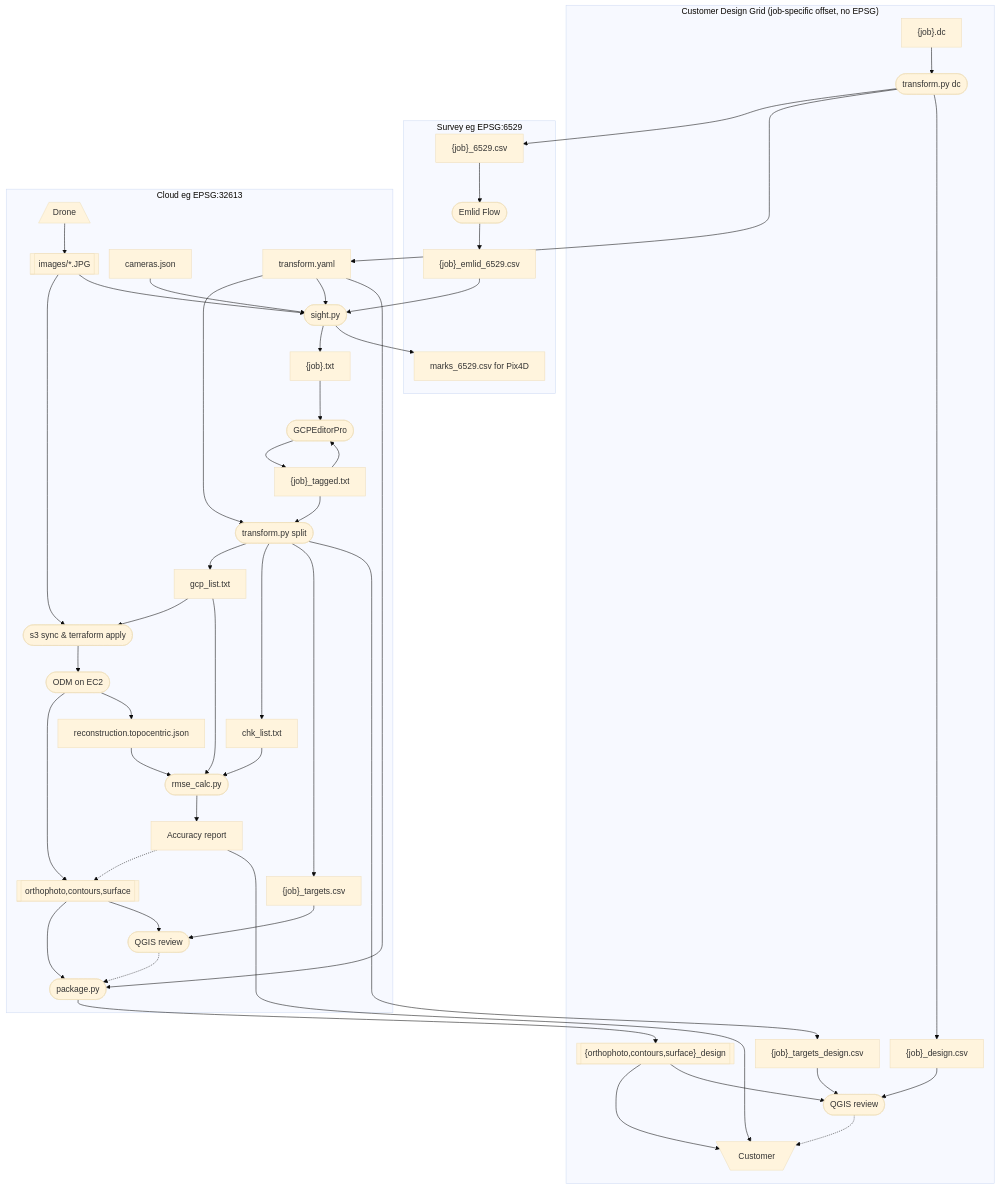
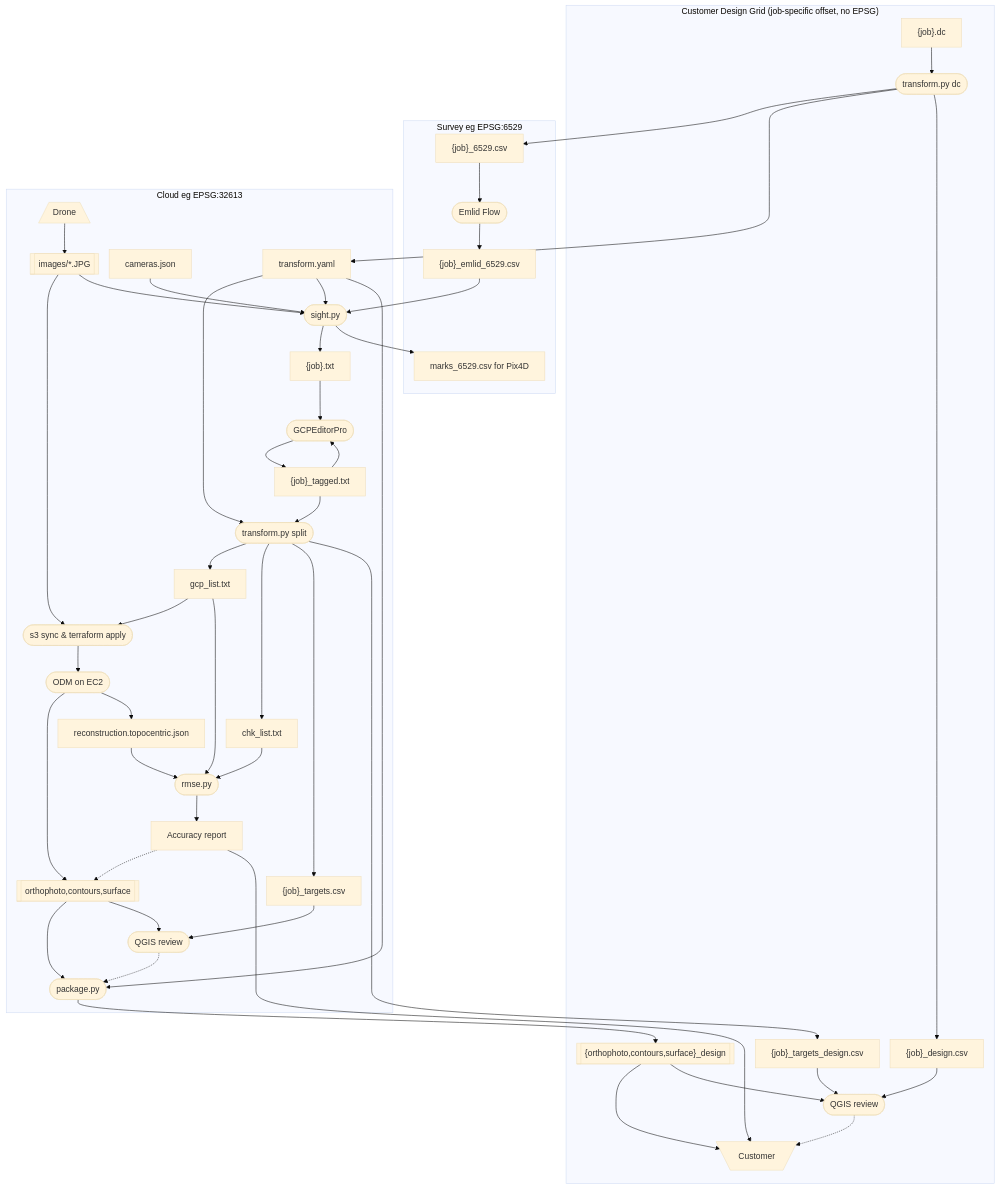
One commit to jrstear/geo changed the diagram in docs/odm-workflow.md. Above: the diagram before and after it, drawn with Mermaid. The commit also changed other lines of this file, not shown here.

First line of the commit message:
docs: update odm-workflow.md for corrected rmse.py (geo-8lo)

```diff
--- a/docs/odm-workflow.md
+++ b/docs/odm-workflow.md
@@ -29,7 +29,7 @@
     targets_design["{job}_targets_design.csv"]
     s3(["s3 sync & terraform apply"])
     odm(["ODM on EC2"])
-    rmse(["rmse_calc.py"])
+    rmse(["rmse.py"])
     drone[/"Drone"\]
     images[["images/*.JPG"]]
     deliverables[["orthophoto,contours,surface"]]
```
